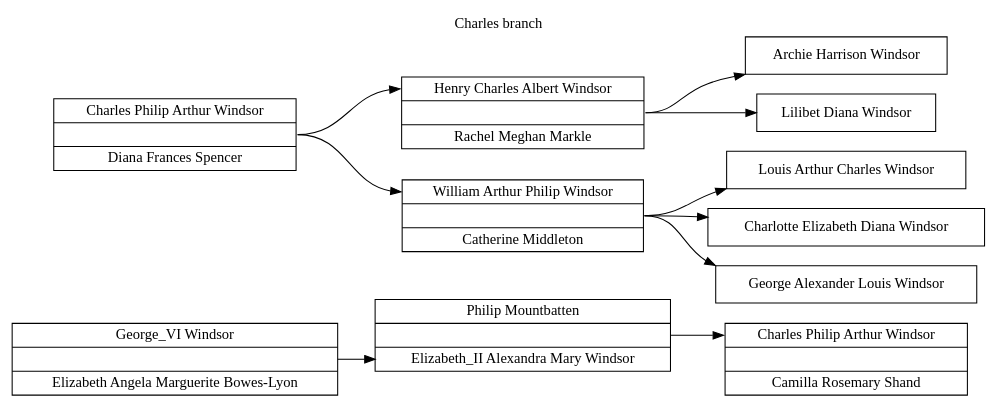
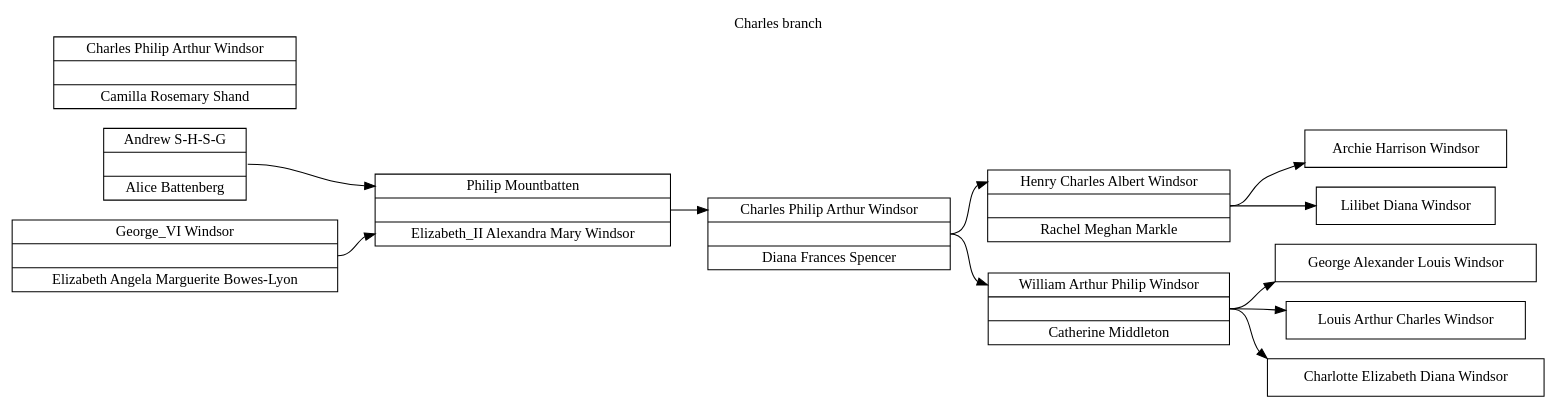
One commit to johnandrea/draw-bowtie-plus changed the diagram in test-output/6.dot. Above: the diagram before and after it, drawn with Graphviz. The commit also changed 1 other file, not shown here.

```diff
--- a/test-output/6.dot
+++ b/test-output/6.dot
@@ -1,26 +1,28 @@
 digraph family {
 node [shape=record];
 rankdir=LR;
 labelloc="t";
 label="Charles branch";
-f1 [label="<h>George_VI Windsor|<u>|<w>Elizabeth Angela Marguerite Bowes-Lyon"];
-f2 [label="<h>Henry Charles Albert Windsor|<u>|<w>Rachel Meghan Markle"];
-f3 [label="<h>Charles Philip Arthur Windsor|<u>|<w>Diana Frances Spencer"];
-f4 [label="<h>Charles Philip Arthur Windsor|<u>|<w>Camilla Rosemary Shand"];
-f5 [label="<h>William Arthur Philip Windsor|<u>|<w>Catherine Middleton"];
-f6 [label="<h>Philip Mountbatten|<u>|<w>Elizabeth_II Alexandra Mary Windsor"];
-i7 [label="<i>Louis Arthur Charles Windsor"];
-i8 [label="<i>Charlotte Elizabeth Diana Windsor"];
-i9 [label="<i>George Alexander Louis Windsor"];
+f1 [label="<h>Henry Charles Albert Windsor|<u>|<w>Rachel Meghan Markle"];
+f2 [label="<h>Andrew S-H-S-G|<u>|<w>Alice Battenberg"];
+f3 [label="<h>Charles Philip Arthur Windsor|<u>|<w>Camilla Rosemary Shand"];
+f4 [label="<h>George_VI Windsor|<u>|<w>Elizabeth Angela Marguerite Bowes-Lyon"];
+f5 [label="<h>Philip Mountbatten|<u>|<w>Elizabeth_II Alexandra Mary Windsor"];
+f6 [label="<h>Charles Philip Arthur Windsor|<u>|<w>Diana Frances Spencer"];
+f7 [label="<h>William Arthur Philip Windsor|<u>|<w>Catherine Middleton"];
+i8 [label="<i>George Alexander Louis Windsor"];
+i9 [label="<i>Louis Arthur Charles Windsor"];
 i10 [label="<i>Archie Harrison Windsor"];
-i11 [label="<i>Lilibet Diana Windsor"];
-f6:u -> f4:h;
-f5:u -> i7:i;
-f5:u -> i8:i;
-f5:u -> i9:i;
-f2:u -> i10:i;
-f3:u -> f5:h;
-f2:u -> i11:i;
-f1:u -> f6:w;
-f3:u -> f2:h;
+i11 [label="<i>Charlotte Elizabeth Diana Windsor"];
+i12 [label="<i>Lilibet Diana Windsor"];
+f7:u -> i8:i;
+f7:u -> i9:i;
+f4:u -> f5:w;
+f1:u -> i10:i;
+f7:u -> i11:i;
+f1:u -> i12:i;
+f6:u -> f1:h;
+f2:u -> f5:h;
+f6:u -> f7:h;
+f5:u -> f6:h;
 }
```
